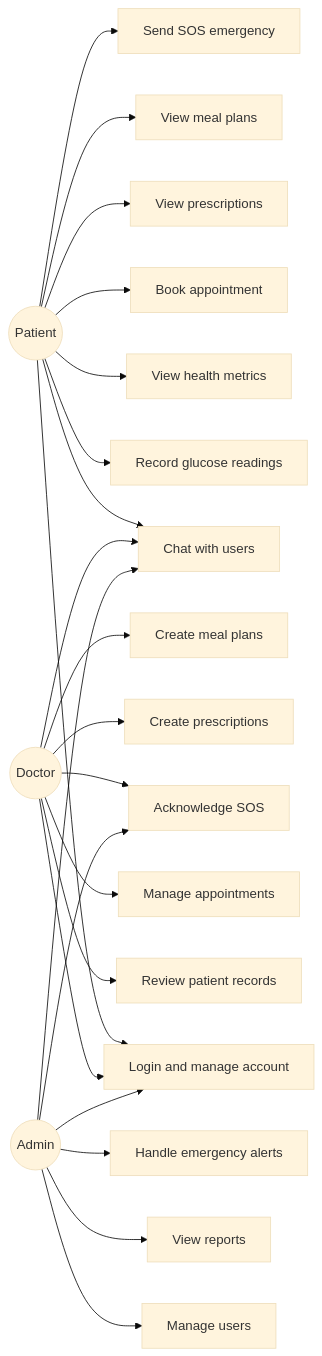
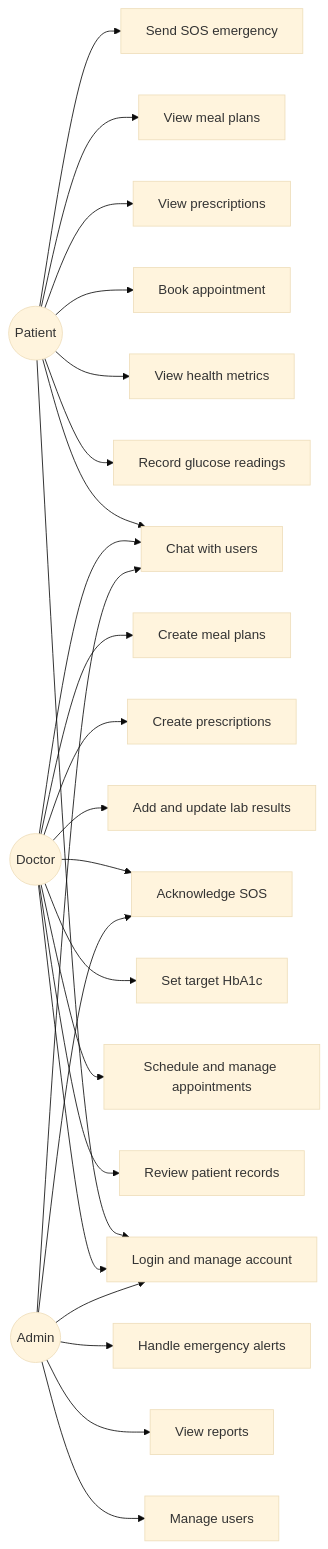
The third of 9 diagrams in README.md (Shemaplacide/Diacare-best-programing), drawn with Mermaid (base theme) before and after one commit. The commit also changed other lines of this file and 71 other files, not shown here.

````diff
--- a/README.md
+++ b/README.md
@@ -162,49 +166,53 @@
 ```mermaid
 flowchart LR
     Patient((Patient))
     Doctor((Doctor))
     Admin((Admin))
 
     Login[Login and manage account]
     Glucose[Record glucose readings]
     Metrics[View health metrics]
     Book[Book appointment]
     Prescriptions[View prescriptions]
     Meals[View meal plans]
     Chat[Chat with users]
     SOS[Send SOS emergency]
 
     ReviewPatients[Review patient records]
-    ManageAppointments[Manage appointments]
+    ManageAppointments[Schedule and manage appointments]
+    SetHbA1c[Set target HbA1c]
+    UpdateLabs[Add and update lab results]
     CreatePrescription[Create prescriptions]
     CreateMealPlan[Create meal plans]
     AcknowledgeSOS[Acknowledge SOS]
 
     ManageUsers[Manage users]
     Reports[View reports]
     AdminAlerts[Handle emergency alerts]
 
     Patient --> Login
     Patient --> Glucose
     Patient --> Metrics
     Patient --> Book
     Patient --> Prescriptions
     Patient --> Meals
     Patient --> Chat
     Patient --> SOS
 
     Doctor --> Login
     Doctor --> ReviewPatients
     Doctor --> ManageAppointments
+    Doctor --> SetHbA1c
+    Doctor --> UpdateLabs
     Doctor --> CreatePrescription
     Doctor --> CreateMealPlan
     Doctor --> Chat
     Doctor --> AcknowledgeSOS
 
     Admin --> Login
     Admin --> ManageUsers
     Admin --> Reports
     Admin --> Chat
     Admin --> AdminAlerts
     Admin --> AcknowledgeSOS
 ```
````
